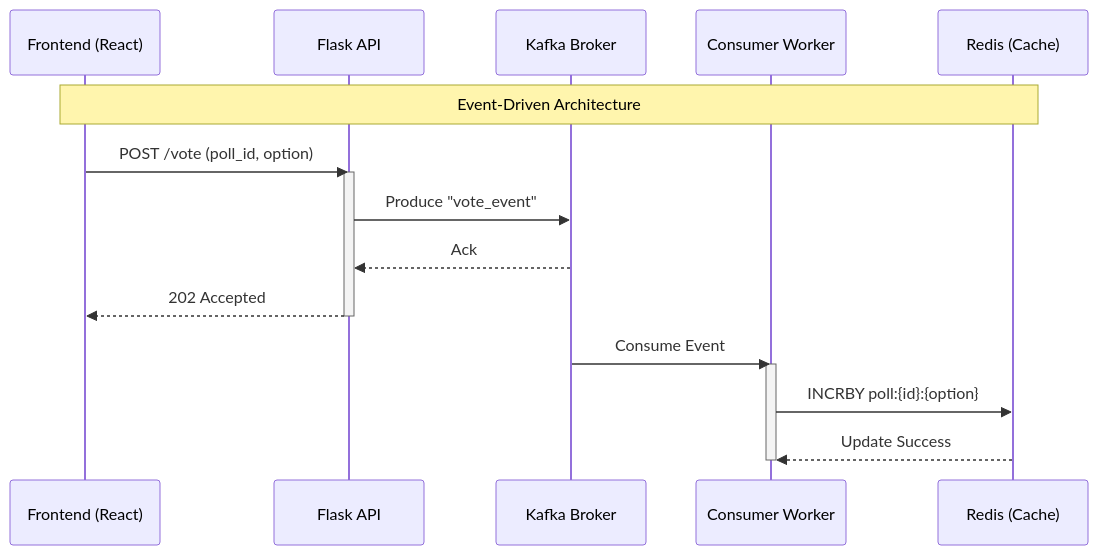
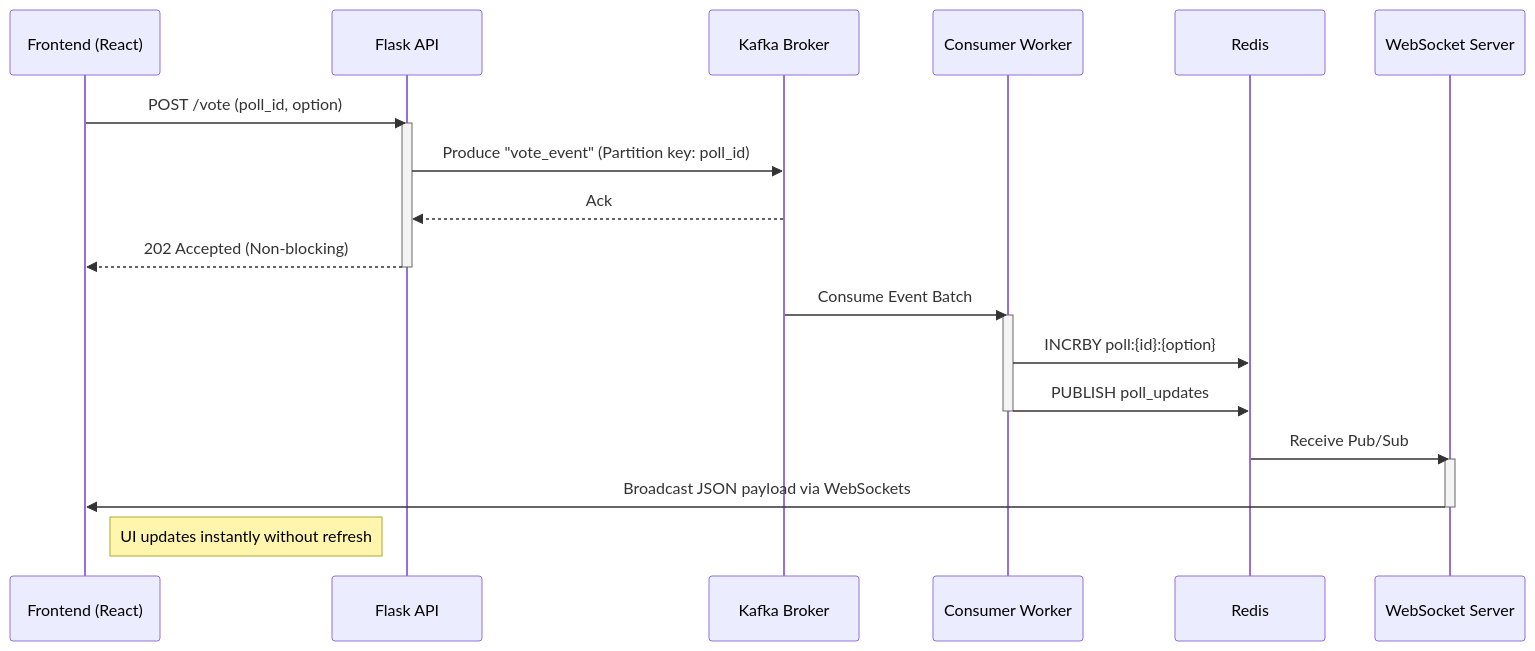
One commit to danishdynamic/realtime-voting-system changed the second of 2 diagrams in README.md. Above: the diagram before and after it, drawn with Mermaid. The commit also changed other lines of this file and 23 other files, not shown here.

````diff
--- a/README.md
+++ b/README.md
@@ -163,22 +83,28 @@
-``` mermaid
+```mermaid
 sequenceDiagram
     participant F as Frontend (React)
     participant A as Flask API
     participant K as Kafka Broker
     participant C as Consumer Worker
-    participant R as Redis (Cache)
+    participant R as Redis
+    participant W as WebSocket Server
 
-    Note over F, R: Event-Driven Architecture
     F->>A: POST /vote (poll_id, option)
     activate A
-    A->>K: Produce "vote_event"
+    A->>K: Produce "vote_event" (Partition key: poll_id)
     K-->>A: Ack
-    A-->>F: 202 Accepted
+    A-->>F: 202 Accepted (Non-blocking)
     deactivate A
 
-    K->>C: Consume Event
+    K->>C: Consume Event Batch
     activate C
     C->>R: INCRBY poll:{id}:{option}
-    R-->>C: Update Success
+    C->>R: PUBLISH poll_updates
     deactivate C
+
+    R->>W: Receive Pub/Sub
+    activate W
+    W->>F: Broadcast JSON payload via WebSockets
+    deactivate W
+    Note right of F: UI updates instantly without refresh
 ```
````
